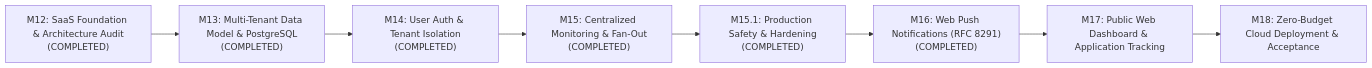
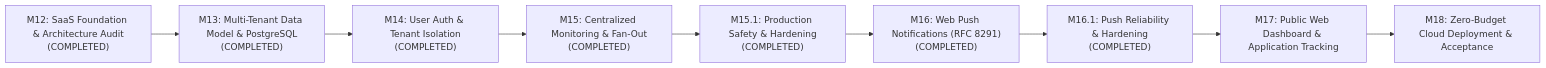
One commit to aadesh-2006/HawkOffer changed the diagram in docs/SAAS_ROADMAP.md. Above: the diagram before and after it, drawn with Mermaid. The commit also changed other lines of this file and 9 other files, not shown here.

Commit message:
feat(security): M16.1 Web Push reliability, ownership fencing, and VAPID hardening

````diff
--- a/docs/SAAS_ROADMAP.md
+++ b/docs/SAAS_ROADMAP.md
@@ -12,10 +12,11 @@
 ```mermaid
 flowchart LR
     M12["M12: SaaS Foundation & Architecture Audit<br/>(COMPLETED)"] --> M13["M13: Multi-Tenant Data Model & PostgreSQL<br/>(COMPLETED)"]
     M13 --> M14["M14: User Auth & Tenant Isolation<br/>(COMPLETED)"]
     M14 --> M15["M15: Centralized Monitoring & Fan-Out<br/>(COMPLETED)"]
     M15 --> M15_1["M15.1: Production Safety & Hardening<br/>(COMPLETED)"]
     M15_1 --> M16["M16: Web Push Notifications (RFC 8291)<br/>(COMPLETED)"]
-    M16 --> M17["M17: Public Web Dashboard & Application Tracking"]
+    M16 --> M16_1["M16.1: Push Reliability & Hardening<br/>(COMPLETED)"]
+    M16_1 --> M17["M17: Public Web Dashboard & Application Tracking"]
     M17 --> M18["M18: Zero-Budget Cloud Deployment & Acceptance"]
 ```
````
